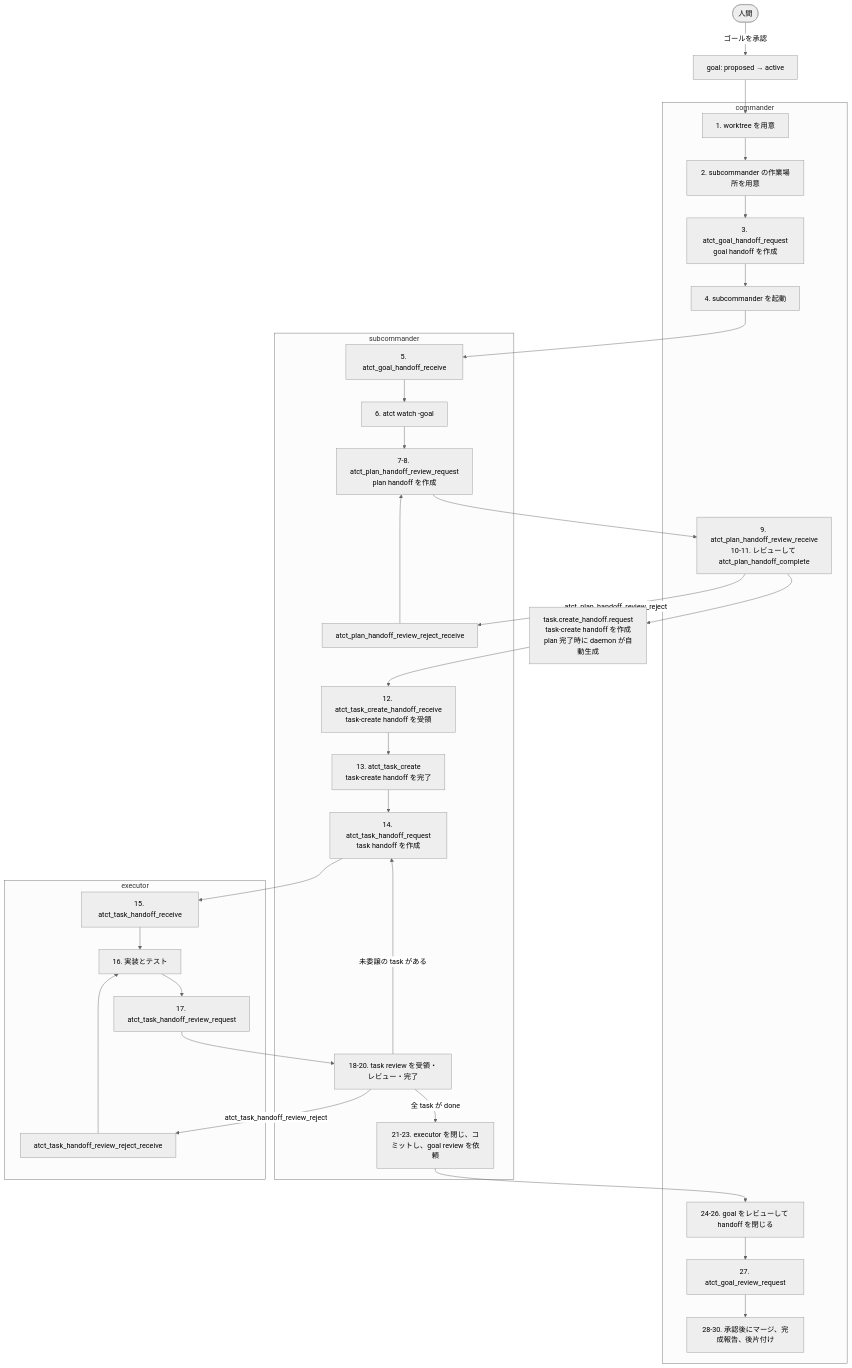
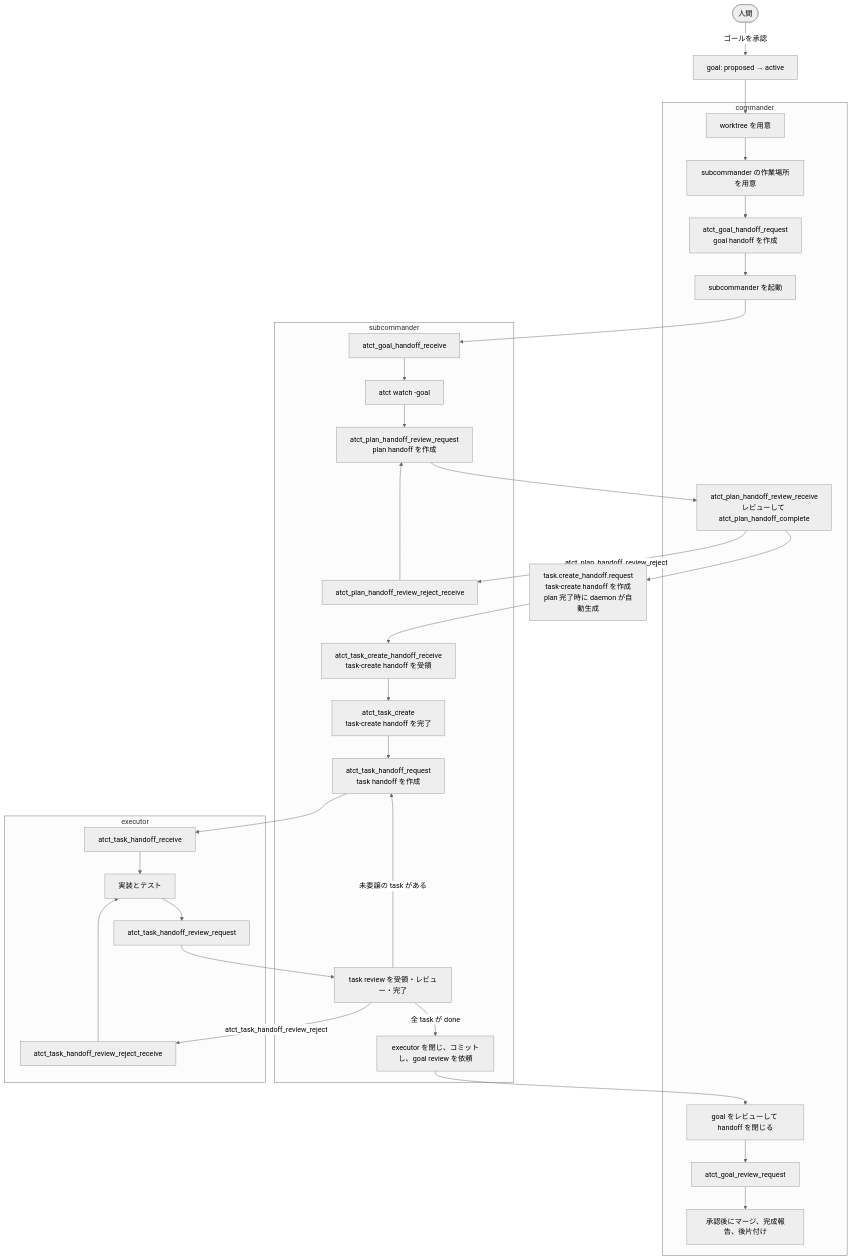
One commit to michiomochi/atct changed the diagram in doc/execution-flow.md. Above: the diagram before and after it, drawn with Mermaid (neutral theme).

Commit message:
docs: remove flow sequence numbering

````diff
--- a/doc/execution-flow.md
+++ b/doc/execution-flow.md
@@ -85,41 +85,41 @@
 ```mermaid
 flowchart TD
     H([人間]) -->|ゴールを承認| G[goal: proposed → active]
 
     subgraph C[commander]
-        C1[1. worktree を用意]
-        C2[2. subcommander の作業場所を用意]
-        C3[3. atct_goal_handoff_request<br/>goal handoff を作成]
-        C4[4. subcommander を起動]
-        C5[9. atct_plan_handoff_review_receive<br/>10-11. レビューして atct_plan_handoff_complete]
-        C6[24-26. goal をレビューして handoff を閉じる]
-        C7[27. atct_goal_review_request]
-        C8[28-30. 承認後にマージ、完成報告、後片付け]
+        C1[worktree を用意]
+        C2[subcommander の作業場所を用意]
+        C3[atct_goal_handoff_request<br/>goal handoff を作成]
+        C4[subcommander を起動]
+        C5[atct_plan_handoff_review_receive<br/>レビューして atct_plan_handoff_complete]
+        C6[goal をレビューして handoff を閉じる]
+        C7[atct_goal_review_request]
+        C8[承認後にマージ、完成報告、後片付け]
     end
 
     subgraph S[subcommander]
-        S1[5. atct_goal_handoff_receive]
-        S2[6. atct watch -goal]
-        S3[7-8. atct_plan_handoff_review_request<br/>plan handoff を作成]
+        S1[atct_goal_handoff_receive]
+        S2[atct watch -goal]
+        S3[atct_plan_handoff_review_request<br/>plan handoff を作成]
         S3R[atct_plan_handoff_review_reject_receive]
-        S4[12. atct_task_create_handoff_receive<br/>task-create handoff を受領]
-        S5[13. atct_task_create<br/>task-create handoff を完了]
-        S6[14. atct_task_handoff_request<br/>task handoff を作成]
-        S7[18-20. task review を受領・レビュー・完了]
-        S8[21-23. executor を閉じ、コミットし、goal review を依頼]
+        S4[atct_task_create_handoff_receive<br/>task-create handoff を受領]
+        S5[atct_task_create<br/>task-create handoff を完了]
+        S6[atct_task_handoff_request<br/>task handoff を作成]
+        S7[task review を受領・レビュー・完了]
+        S8[executor を閉じ、コミットし、goal review を依頼]
     end
 
     subgraph E[executor]
-        E1[15. atct_task_handoff_receive]
-        E2[16. 実装とテスト]
-        E3[17. atct_task_handoff_review_request]
+        E1[atct_task_handoff_receive]
+        E2[実装とテスト]
+        E3[atct_task_handoff_review_request]
         E4[atct_task_handoff_review_reject_receive]
     end
 
     TC[task.create_handoff.request<br/>task-create handoff を作成<br/>plan 完了時に daemon が自動生成]
     G --> C1 --> C2 --> C3 --> C4 --> S1 --> S2 --> S3 --> C5 --> TC --> S4 --> S5 --> S6 --> E1 --> E2 --> E3 --> S7
     S7 -->|未委譲の task がある| S6
     S7 -->|全 task が done| S8 --> C6 --> C7 --> C8
     C5 -->|atct_plan_handoff_review_reject| S3R --> S3
     S7 -->|atct_task_handoff_review_reject| E4 --> E2
 ```
````
